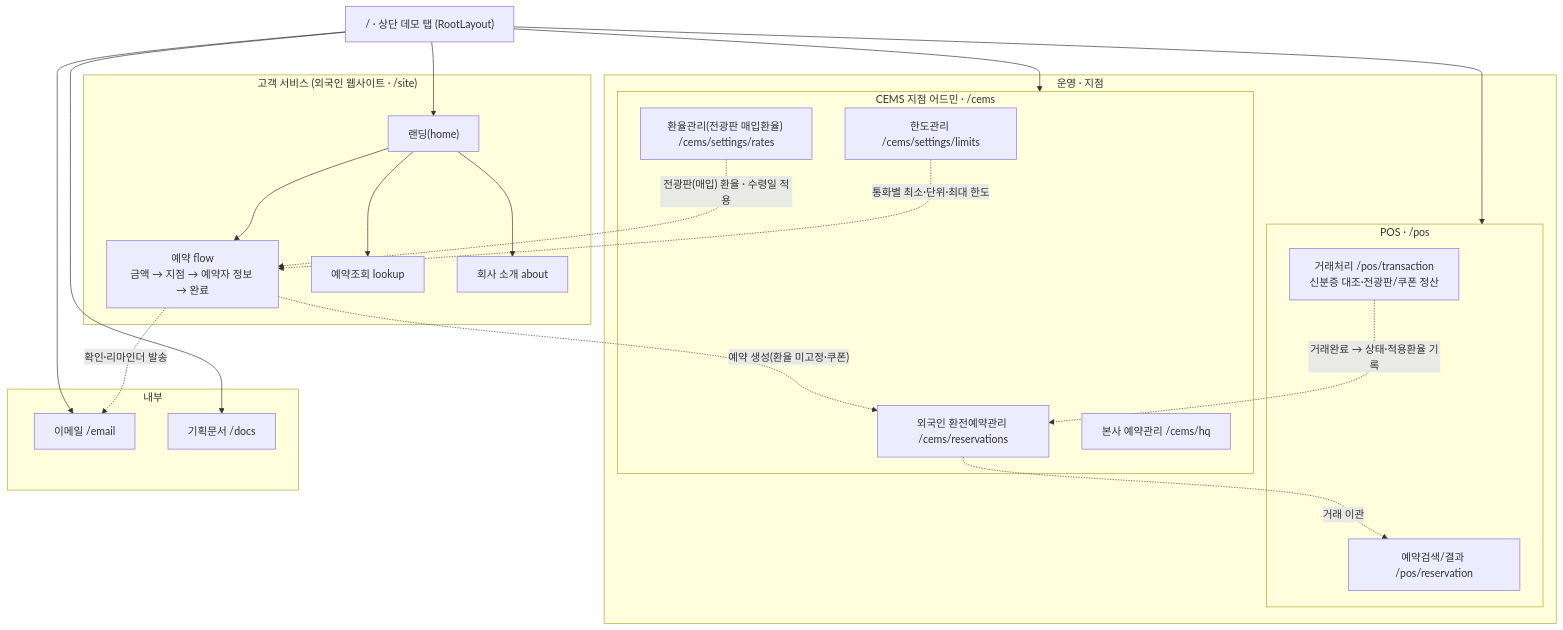
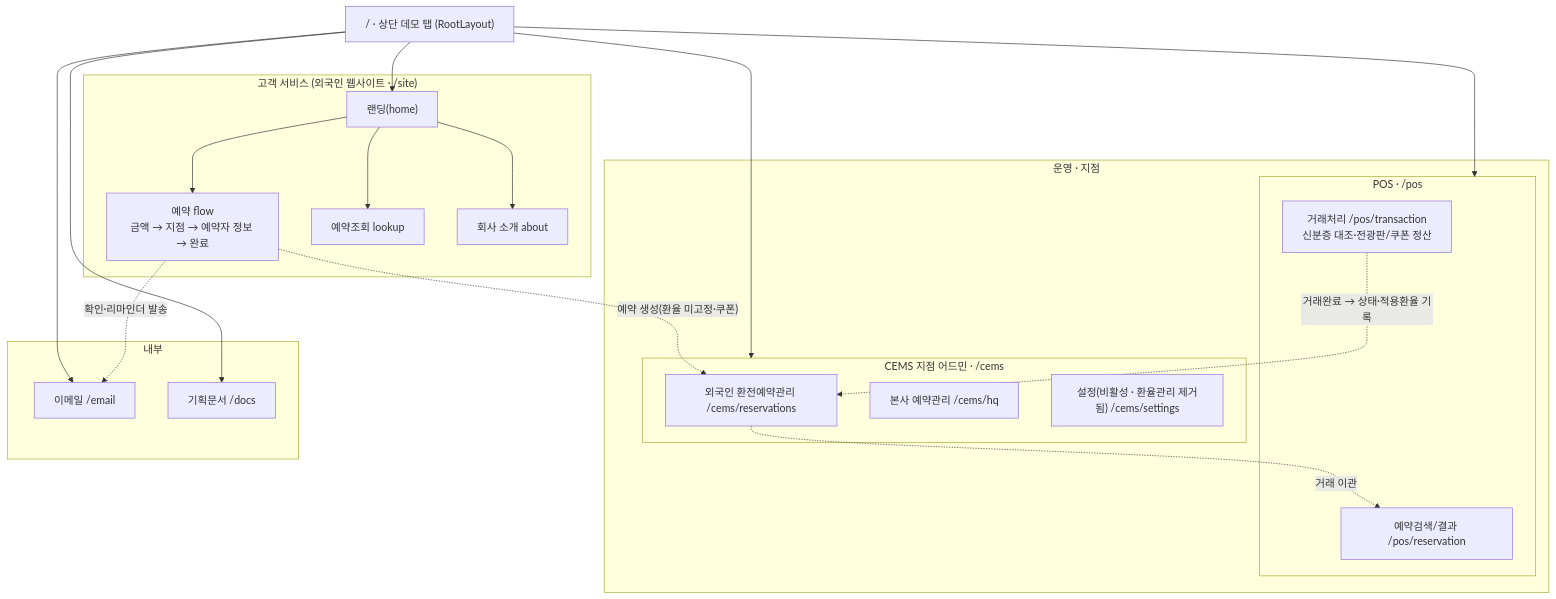
Before and after one commit to ahyeonine/moneybox_fw01: the diagram in docs-plan/02_구조도.mermaid, drawn with Mermaid. The commit also changed 11 other files, not shown here.

```diff
--- a/docs-plan/02_구조도.mermaid
+++ b/docs-plan/02_구조도.mermaid
@@ -1,44 +1,41 @@
 graph TD
   Root["/ · 상단 데모 탭 (RootLayout)"]
 
   subgraph CUST["고객 서비스 (외국인 웹사이트 · /site)"]
     SITE["랜딩(home)"]
     FLOW["예약 flow<br/>금액 → 지점 → 예약자 정보 → 완료"]
     LOOK["예약조회 lookup"]
     ABOUT["회사 소개 about"]
     SITE --> FLOW
     SITE --> LOOK
     SITE --> ABOUT
   end
 
   subgraph OPS["운영 · 지점"]
     subgraph SCEMS["CEMS 지점 어드민 · /cems"]
       C1["외국인 환전예약관리 /cems/reservations"]
       C2["본사 예약관리 /cems/hq"]
-      C3["환율관리(전광판 매입환율) /cems/settings/rates"]
-      C4["한도관리 /cems/settings/limits"]
+      C5["설정(비활성 · 환율관리 제거됨) /cems/settings"]
     end
     subgraph SPOS["POS · /pos"]
       P2["예약검색/결과 /pos/reservation"]
       P3["거래처리 /pos/transaction<br/>신분증 대조·전광판/쿠폰 정산"]
     end
   end
 
   subgraph INT["내부"]
     Email["이메일 /email"]
     Docs["기획문서 /docs"]
   end
 
   Root --> SITE
   Root --> SCEMS
   Root --> SPOS
   Root --> Email
   Root --> Docs
 
   %% 시스템 간 연동 (점선)
-  C3 -. "전광판(매입) 환율 · 수령일 적용" .-> FLOW
-  C4 -. "통화별 최소·단위·최대 한도" .-> FLOW
   FLOW -. "예약 생성(환율 미고정·쿠폰)" .-> C1
   FLOW -. "확인·리마인더 발송" .-> Email
   C1 -. "거래 이관" .-> P2
   P3 -. "거래완료 → 상태·적용환율 기록" .-> C1
```
